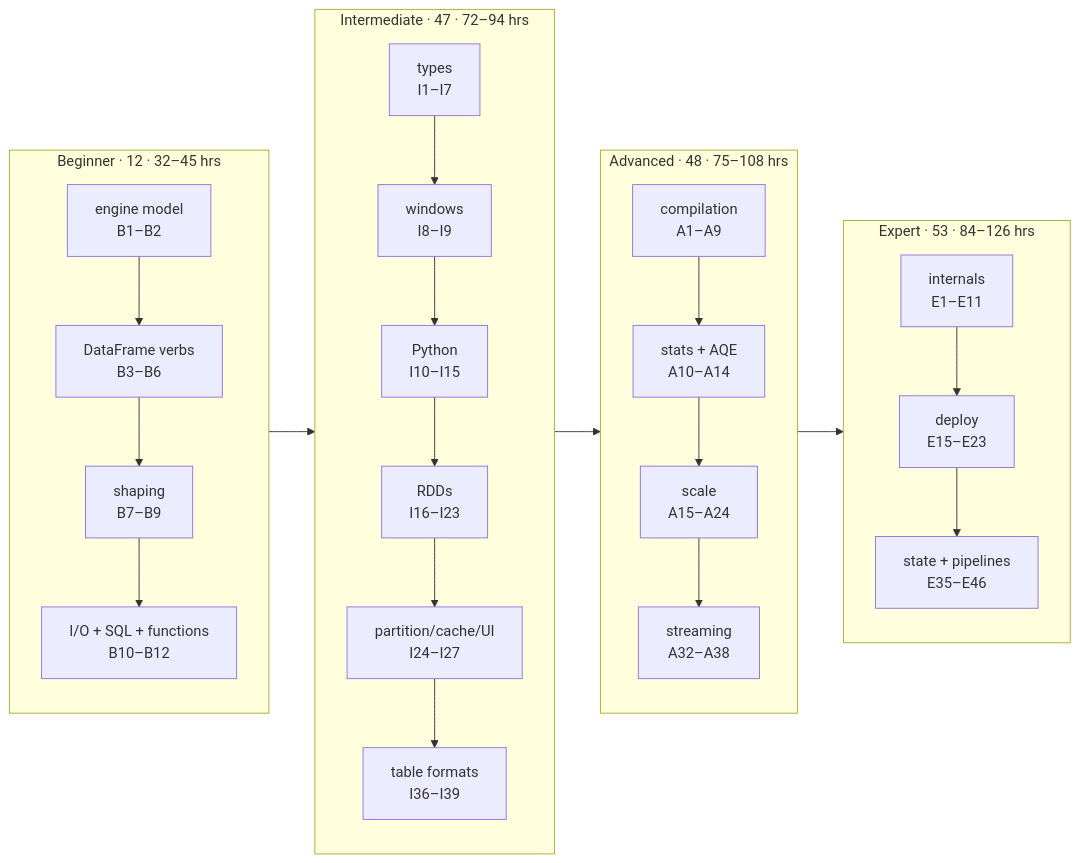
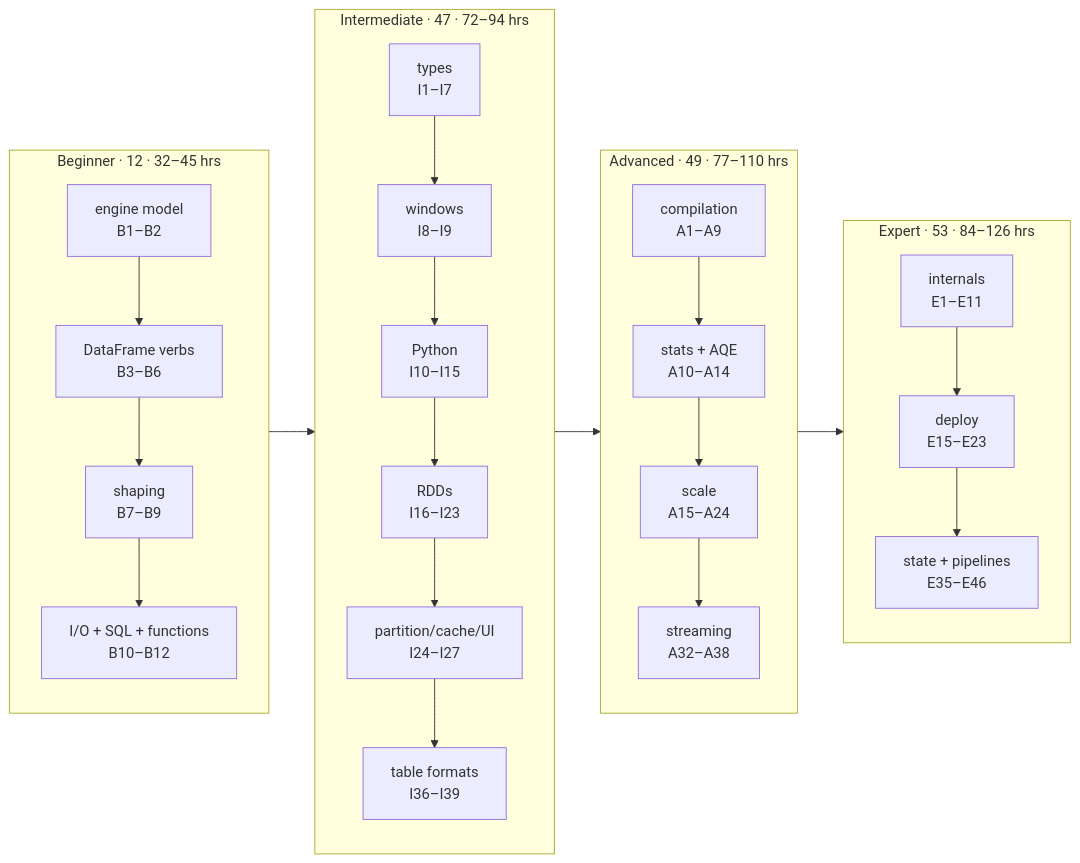
The second of 2 diagrams in docs/learning-path-v2.md (arindamchoudhury/spark-gyan), drawn with Mermaid before and after one commit. The commit also changed other lines of this file, not shown here.

````diff
--- a/docs/learning-path-v2.md
+++ b/docs/learning-path-v2.md
@@ -2393,16 +2411,16 @@
 ```mermaid
 flowchart LR
     subgraph BEG["Beginner · 12 · 32–45 hrs"]
       B1["engine model<br/>B1–B2"] --> B2["DataFrame verbs<br/>B3–B6"] --> B3["shaping<br/>B7–B9"] --> B4["I/O + SQL + functions<br/>B10–B12"]
     end
     subgraph INT["Intermediate · 47 · 72–94 hrs"]
       I1["types<br/>I1–I7"] --> I2["windows<br/>I8–I9"] --> I3["Python<br/>I10–I15"] --> I4["RDDs<br/>I16–I23"] --> I5["partition/cache/UI<br/>I24–I27"] --> I6["table formats<br/>I36–I39"]
     end
-    subgraph ADV["Advanced · 48 · 75–108 hrs"]
+    subgraph ADV["Advanced · 49 · 77–110 hrs"]
       A1["compilation<br/>A1–A9"] --> A2["stats + AQE<br/>A10–A14"] --> A3["scale<br/>A15–A24"] --> A4["streaming<br/>A32–A38"]
     end
     subgraph EXP["Expert · 53 · 84–126 hrs"]
       E1["internals<br/>E1–E11"] --> E2["deploy<br/>E15–E23"] --> E3["state + pipelines<br/>E35–E46"]
     end
     BEG --> INT --> ADV --> EXP
 ```
````
